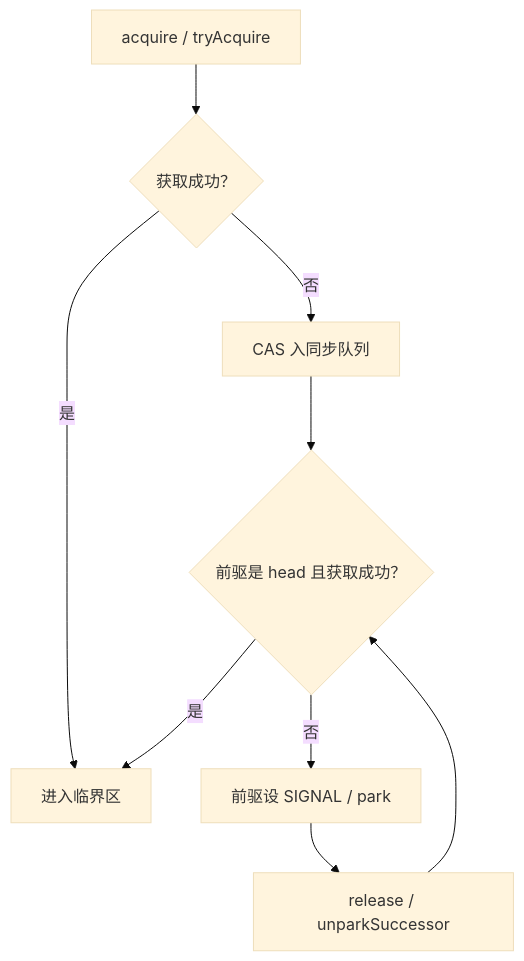
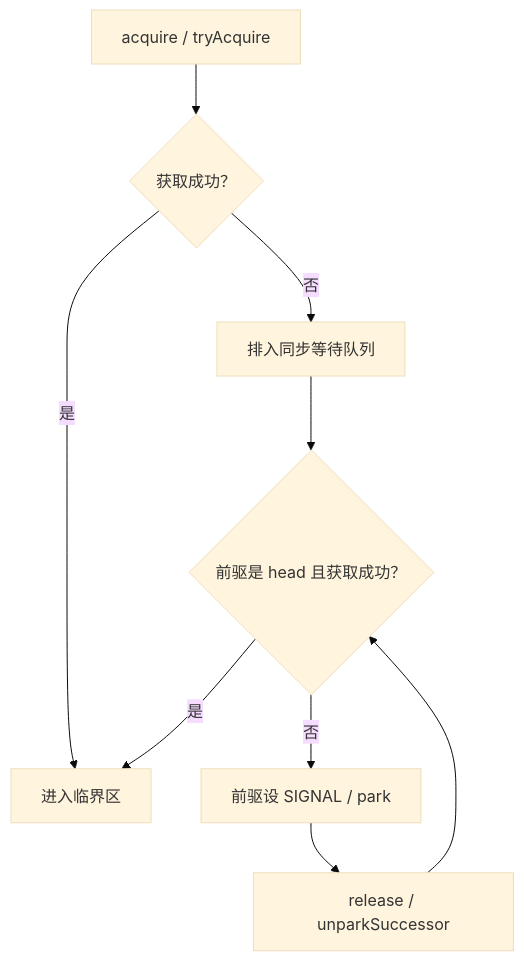
The diagram in docs/java-architect-interview/chapters/01.md (yisiliang/yisiliang.github.io), drawn with Mermaid (base theme) before and after one commit. The commit also changed other lines of this file and 18 other files, not shown here.

````diff
--- a/docs/java-architect-interview/chapters/01.md
+++ b/docs/java-architect-interview/chapters/01.md
@@ -45,11 +66,11 @@
 ```mermaid
 flowchart TD
  A["acquire / tryAcquire"] --> B{"获取成功？"}
  B -->|是| C["进入临界区"]
- B -->|否| D["CAS 入同步队列"]
+ B -->|否| D["排入同步等待队列"]
  D --> E{"前驱是 head 且获取成功？"}
  E -->|是| C
  E -->|否| F["前驱设 SIGNAL / park"]
  F --> G["release / unparkSuccessor"]
  G --> E
 ```
````
